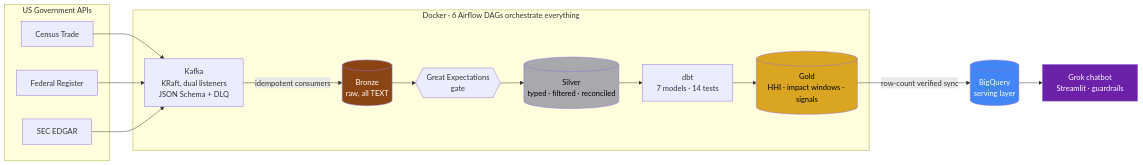
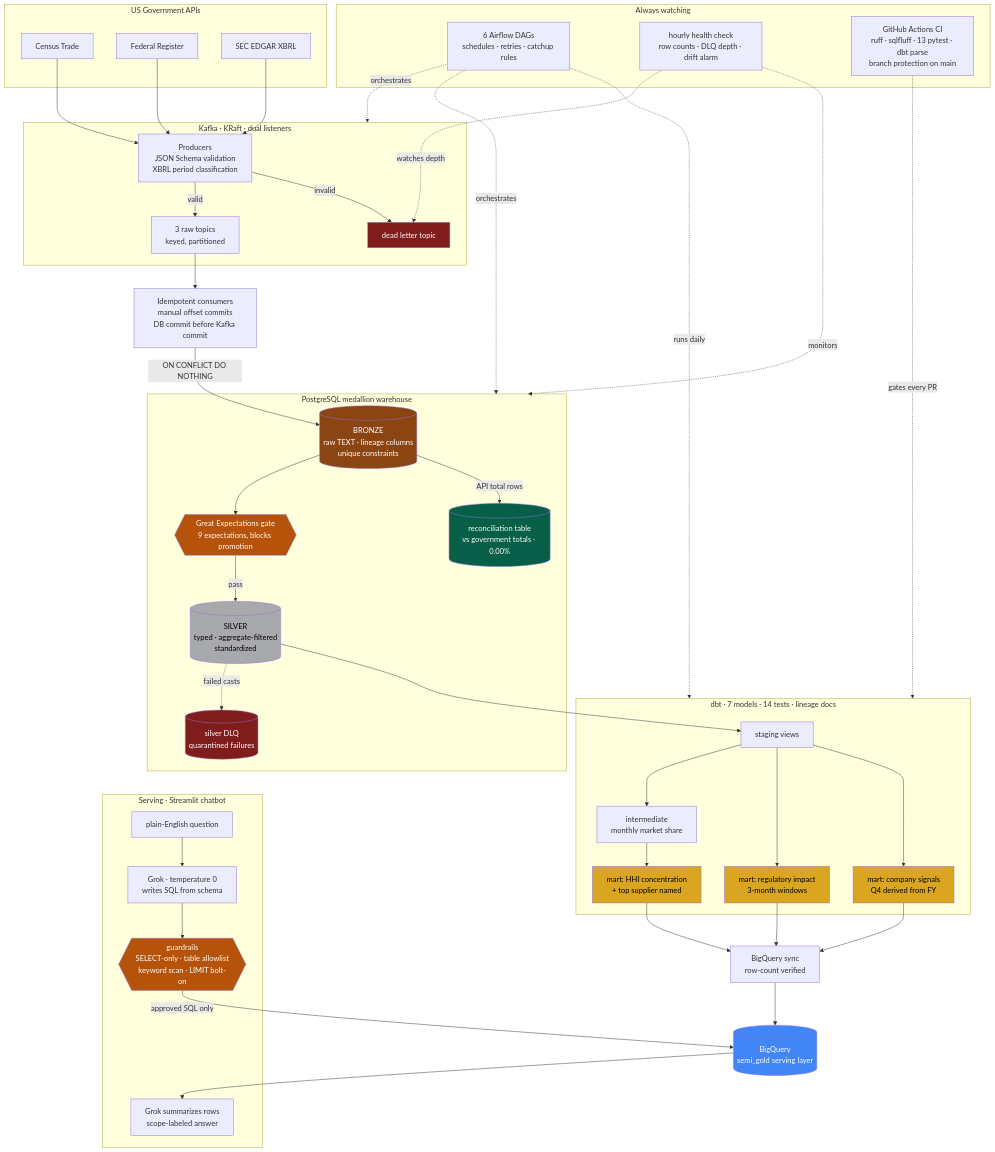
One commit to narasimha-31/semiconductor_dataengineering changed the diagram in README.md. Above: the diagram before and after it, drawn with Mermaid. The commit also changed other lines of this file, not shown here.

Commit message:
Revise README

````diff
--- a/README.md
+++ b/README.md
@@ -30,35 +32,92 @@
 ```mermaid
-flowchart LR
-    subgraph sources[US Government APIs]
+flowchart TB
+    subgraph gov[US Government APIs]
         A1[Census Trade]
         A2[Federal Register]
-        A3[SEC EDGAR]
+        A3[SEC EDGAR XBRL]
     end
 
-    subgraph docker[Docker · 6 Airflow DAGs orchestrate everything]
-        K[Kafka<br/>KRaft, dual listeners<br/>JSON Schema + DLQ]
-        B[(Bronze<br/>raw, all TEXT)]
-        S[(Silver<br/>typed · filtered · reconciled)]
-        G[(Gold<br/>HHI · impact windows · signals)]
-        GE{{Great Expectations<br/>gate}}
-        DBT[dbt<br/>7 models · 14 tests]
+    subgraph stream[Kafka · KRaft · dual listeners]
+        PROD[Producers<br/>JSON Schema validation<br/>XBRL period classification]
+        TOPICS[3 raw topics<br/>keyed, partitioned]
+        DLQK[dead letter topic]
     end
 
-    BQ[(BigQuery<br/>serving layer)]
-    BOT[Grok chatbot<br/>Streamlit · guardrails]
+    CONS[Idempotent consumers<br/>manual offset commits<br/>DB commit before Kafka commit]
 
-    A1 --> K
-    A2 --> K
-    A3 --> K
-    K -->|idempotent consumers| B
-    B --> GE --> S
-    S --> DBT --> G
-    G -->|row-count verified sync| BQ
-    BQ --> BOT
+    subgraph pg[PostgreSQL medallion warehouse]
+        B[(BRONZE<br/>raw TEXT · lineage columns<br/>unique constraints)]
+        GE{{Great Expectations gate<br/>9 expectations, blocks promotion}}
+        S[(SILVER<br/>typed · aggregate-filtered<br/>standardized)]
+        SDLQ[(silver DLQ<br/>quarantined failures)]
+        REC[(reconciliation table<br/>vs government totals · 0.00%)]
+    end
+
+    subgraph dbtg[dbt · 7 models · 14 tests · lineage docs]
+        STG[staging views]
+        INT[intermediate<br/>monthly market share]
+        M1[mart: HHI concentration<br/>+ top supplier named]
+        M2[mart: regulatory impact<br/>3-month windows]
+        M3[mart: company signals<br/>Q4 derived from FY]
+    end
+
+    SYNC[BigQuery sync<br/>row-count verified]
+    BQ[(BigQuery<br/>semi_gold serving layer)]
+
+    subgraph bot[Serving · Streamlit chatbot]
+        Q[plain-English question]
+        GEN[Grok · temperature 0<br/>writes SQL from schema]
+        GUARD{{guardrails<br/>SELECT-only · table allowlist<br/>keyword scan · LIMIT bolt-on}}
+        SUM[Grok summarizes rows<br/>scope-labeled answer]
+    end
+
+    subgraph ops[Always watching]
+        AF[6 Airflow DAGs<br/>schedules · retries · catchup rules]
+        HC[hourly health check<br/>row counts · DLQ depth · drift alarm]
+        CI[GitHub Actions CI<br/>ruff · sqlfluff · 13 pytest · dbt parse<br/>branch protection on main]
+    end
+
+    A1 --> PROD
+    A2 --> PROD
+    A3 --> PROD
+    PROD -->|valid| TOPICS
+    PROD -->|invalid| DLQK
+    TOPICS --> CONS
+    CONS -->|ON CONFLICT DO NOTHING| B
+    B --> GE
+    GE -->|pass| S
+    B -->|API total rows| REC
+    S -.->|failed casts| SDLQ
+    S --> STG
+    STG --> INT
+    INT --> M1
+    STG --> M2
+    STG --> M3
+    M1 --> SYNC
+    M2 --> SYNC
+    M3 --> SYNC
+    SYNC --> BQ
+    Q --> GEN
+    GEN --> GUARD
+    GUARD -->|approved SQL only| BQ
+    BQ --> SUM
+
+    AF -.->|orchestrates| stream
+    AF -.->|orchestrates| pg
+    AF -.->|runs daily| dbtg
+    HC -.->|monitors| pg
+    HC -.->|watches depth| DLQK
+    CI -.->|gates every PR| dbtg
 
     style B fill:#8B4513,color:#fff
     style S fill:#A8A9AD,color:#000
-    style G fill:#DAA520,color:#000
+    style M1 fill:#DAA520,color:#000
+    style M2 fill:#DAA520,color:#000
+    style M3 fill:#DAA520,color:#000
     style BQ fill:#4285F4,color:#fff
-    style BOT fill:#6b21a8,color:#fff
+    style GUARD fill:#b45309,color:#fff
+    style GE fill:#b45309,color:#fff
+    style DLQK fill:#7f1d1d,color:#fff
+    style SDLQ fill:#7f1d1d,color:#fff
+    style REC fill:#065f46,color:#fff
 ```
````
